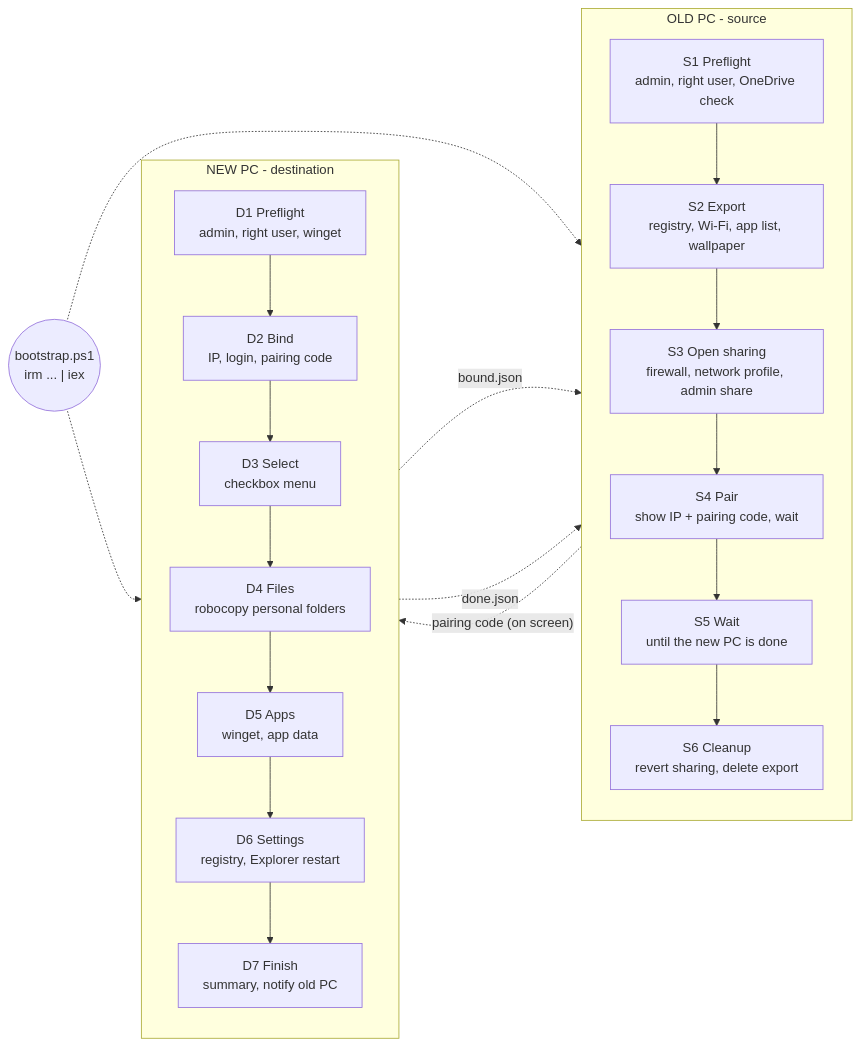
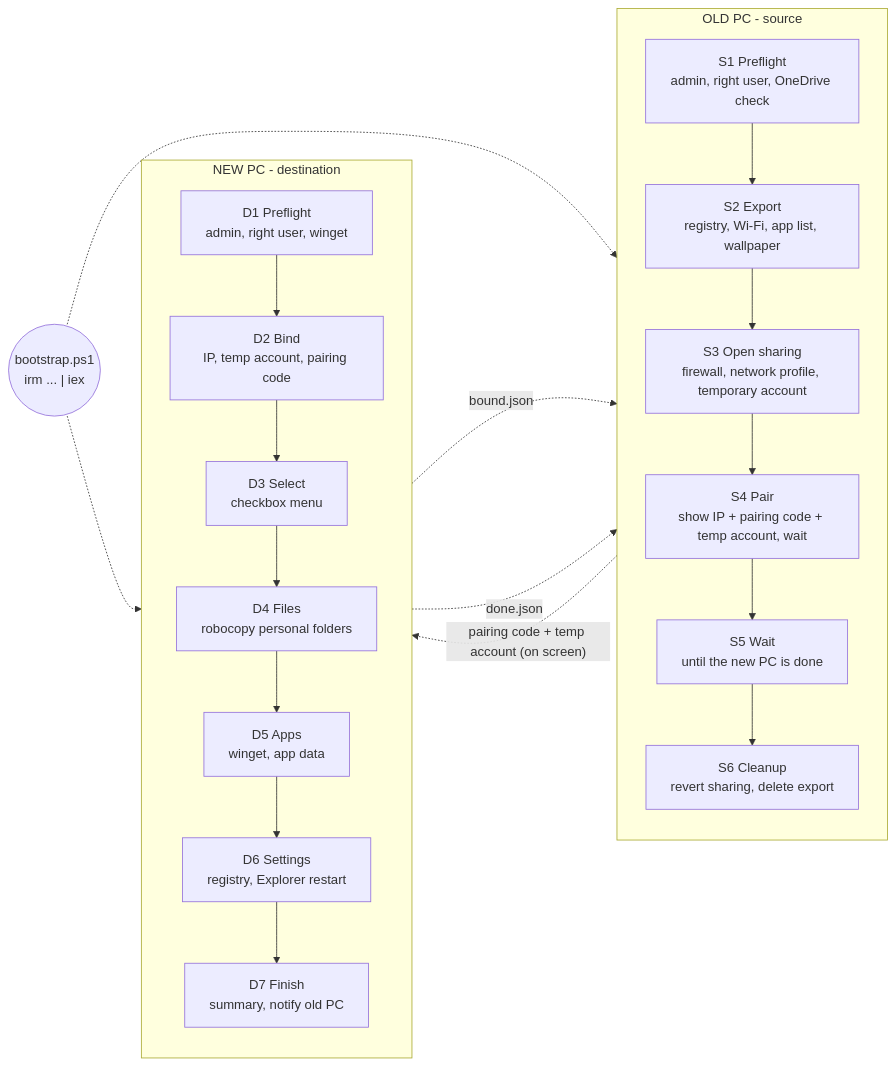
The diagram in README.md (SheepasTech/windows-transfer-tool), drawn with Mermaid before and after one commit. The commit also changed other lines of this file and 5 other files, not shown here.

````diff
--- a/README.md
+++ b/README.md
@@ -31,29 +31,29 @@
 ```mermaid
 flowchart LR
     B(("bootstrap.ps1<br/>irm ... | iex"))
 
     subgraph OLD["OLD PC - source"]
         direction TB
         S1["S1 Preflight<br/>admin, right user, OneDrive check"] --> S2["S2 Export<br/>registry, Wi-Fi, app list, wallpaper"]
-        S2 --> S3["S3 Open sharing<br/>firewall, network profile, admin share"]
-        S3 --> S4["S4 Pair<br/>show IP + pairing code, wait"]
+        S2 --> S3["S3 Open sharing<br/>firewall, network profile, temporary account"]
+        S3 --> S4["S4 Pair<br/>show IP + pairing code + temp account, wait"]
         S4 --> S5["S5 Wait<br/>until the new PC is done"]
         S5 --> S6["S6 Cleanup<br/>revert sharing, delete export"]
     end
 
     subgraph NEW["NEW PC - destination"]
         direction TB
-        D1["D1 Preflight<br/>admin, right user, winget"] --> D2["D2 Bind<br/>IP, login, pairing code"]
+        D1["D1 Preflight<br/>admin, right user, winget"] --> D2["D2 Bind<br/>IP, temp account, pairing code"]
         D2 --> D3["D3 Select<br/>checkbox menu"]
         D3 --> D4["D4 Files<br/>robocopy personal folders"]
         D4 --> D5["D5 Apps<br/>winget, app data"]
         D5 --> D6["D6 Settings<br/>registry, Explorer restart"]
         D6 --> D7["D7 Finish<br/>summary, notify old PC"]
     end
 
     B -.-> S1
     B -.-> D1
-    S4 -. "pairing code (on screen)" .-> D2
+    S4 -. "pairing code + temp account (on screen)" .-> D2
     D2 -. "bound.json" .-> S4
     D7 -. "done.json" .-> S5
 ```
````
